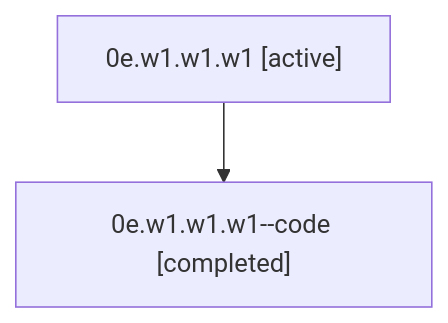
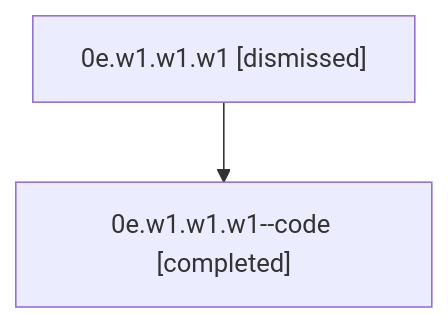
The diagram in sessions/bbugyi200.athena.0e.w1.w1.w1.md (sase-org/sase--agents), drawn with Mermaid before and after one commit. The commit also changed other lines of this file and 49 other files, not shown here.

````diff
--- a/sessions/bbugyi200.athena.0e.w1.w1.w1.md
+++ b/sessions/bbugyi200.athena.0e.w1.w1.w1.md
@@ -9,6 +9,6 @@
 ```mermaid
 flowchart TD
-  n0["0e.w1.w1.w1 [active]"]
+  n0["0e.w1.w1.w1 [dismissed]"]
   n1["0e.w1.w1.w1--code [completed]"]
   n0 --> n1
 ```
````
